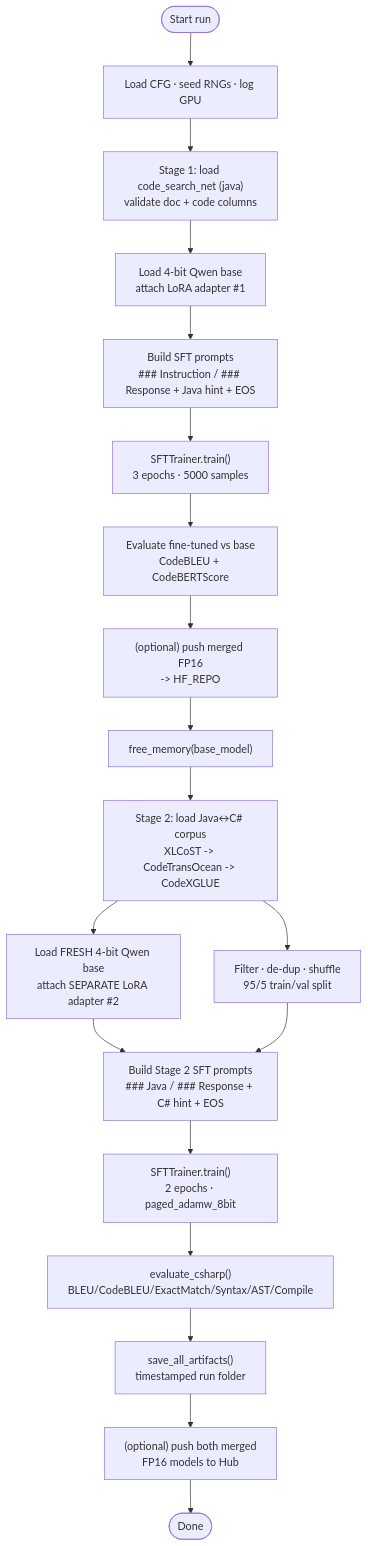
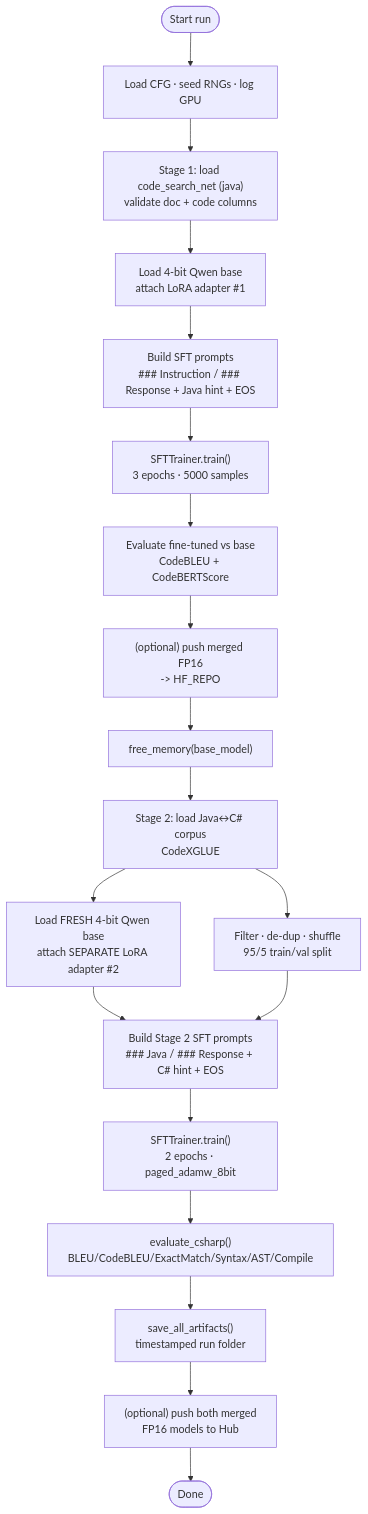
One commit to nayanjha16/CodeGen-Implementations-May_26 changed the second of 6 diagrams in Architecture/ARCHITECTURE_AND_DATAFLOW.md. Above: the diagram before and after it, drawn with Mermaid. The commit also changed other lines of this file, not shown here.

````diff
--- a/Architecture/ARCHITECTURE_AND_DATAFLOW.md
+++ b/Architecture/ARCHITECTURE_AND_DATAFLOW.md
@@ -125,25 +125,25 @@
 ```mermaid
 flowchart TD
     START([Start run]) --> CFG["Load CFG · seed RNGs · log GPU"]
 
     CFG --> S1LOAD["Stage 1: load code_search_net (java)<br/>validate doc + code columns"]
     S1LOAD --> S1MODEL["Load 4-bit Qwen base<br/>attach LoRA adapter #1"]
     S1MODEL --> S1PROMPT["Build SFT prompts<br/>### Instruction / ### Response + Java hint + EOS"]
     S1PROMPT --> S1TRAIN["SFTTrainer.train()<br/>3 epochs · 5000 samples"]
     S1TRAIN --> S1EVAL["Evaluate fine-tuned vs base<br/>CodeBLEU + CodeBERTScore"]
     S1EVAL --> S1PUSH["(optional) push merged FP16<br/>-> HF_REPO"]
 
     S1PUSH --> FREE["free_memory(base_model)"]
 
-    FREE --> S2LOAD["Stage 2: load Java↔C# corpus<br/>XLCoST -> CodeTransOcean -> CodeXGLUE"]
+    FREE --> S2LOAD["Stage 2: load Java↔C# corpus<br/>CodeXGLUE"]
     S2LOAD --> S2CLEAN["Filter · de-dup · shuffle<br/>95/5 train/val split"]
     S2MODEL["Load FRESH 4-bit Qwen base<br/>attach SEPARATE LoRA adapter #2"] --> S2PROMPT
     S2CLEAN --> S2PROMPT["Build Stage 2 SFT prompts<br/>### Java / ### Response + C# hint + EOS"]
     S2LOAD --> S2MODEL
     S2PROMPT --> S2TRAIN["SFTTrainer.train()<br/>2 epochs · paged_adamw_8bit"]
     S2TRAIN --> S2EVAL["evaluate_csharp()<br/>BLEU/CodeBLEU/ExactMatch/Syntax/AST/Compile"]
 
     S2EVAL --> SAVE["save_all_artifacts()<br/>timestamped run folder"]
     SAVE --> PUSH2["(optional) push both merged<br/>FP16 models to Hub"]
     PUSH2 --> END([Done])
 ```
````
